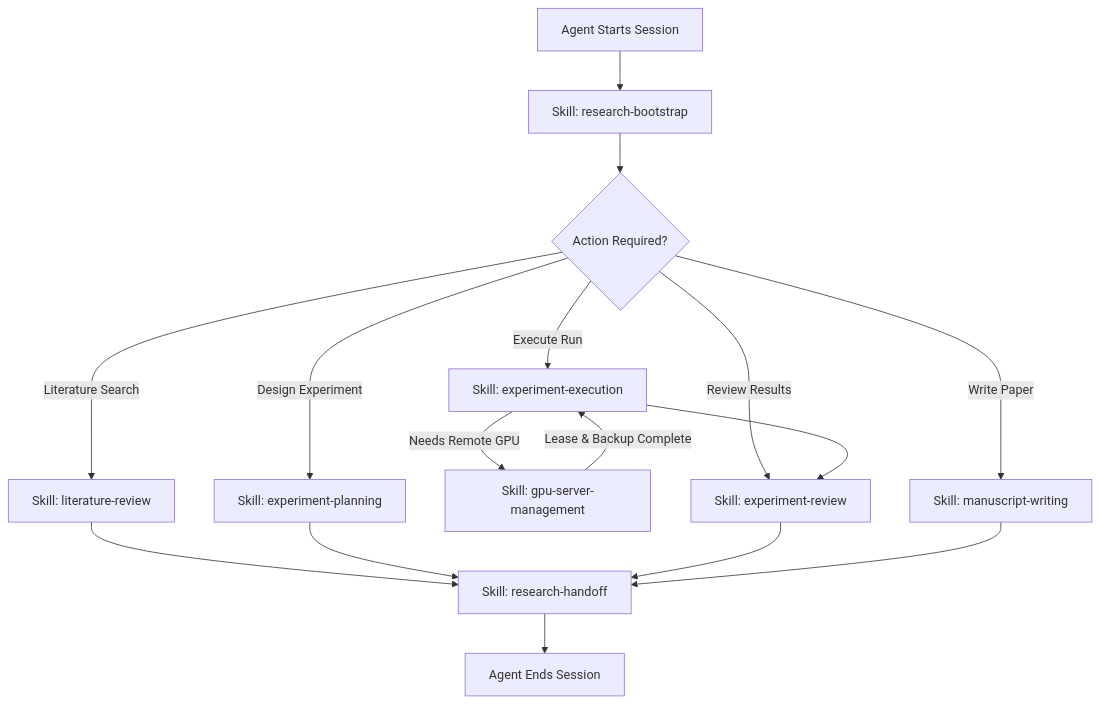
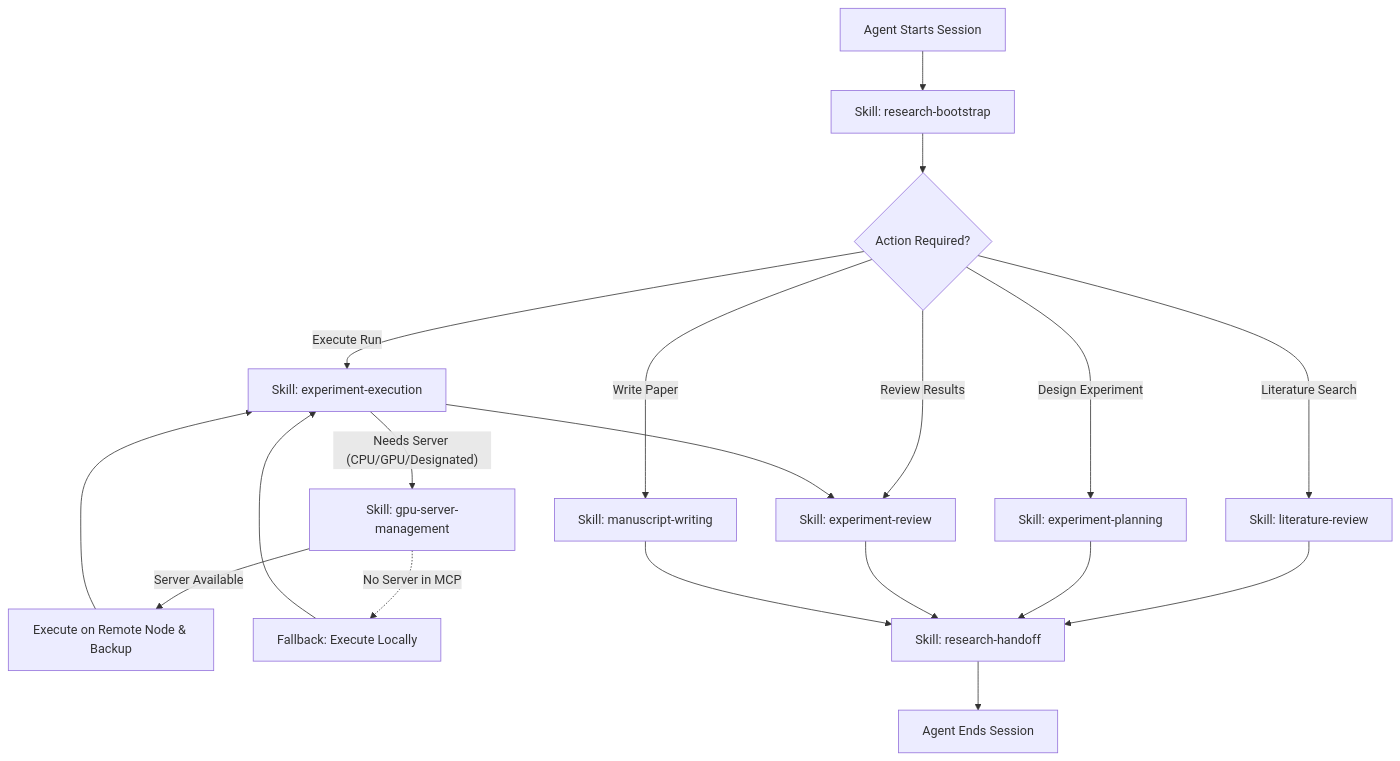
Before and after one commit to ixijxjgxidj-cmd/ResearchOS: the diagram in AGENTS.md, drawn with Mermaid. The commit also changed other lines of this file and 5 other files, not shown here.

Commit message:
feat(dsh): expand server management to heterogeneous compute (CPU/GPU) with graceful local fallback

````diff
--- a/AGENTS.md
+++ b/AGENTS.md
@@ -36,18 +36,21 @@
 ```mermaid
 flowchart TD
     A["Agent Starts Session"] --> B["Skill: research-bootstrap"]
     B --> C{"Action Required?"}
     C -->|"Literature Search"| D["Skill: literature-review"]
     C -->|"Design Experiment"| E["Skill: experiment-planning"]
     C -->|"Execute Run"| F["Skill: experiment-execution"]
-    F -->|"Needs Remote GPU"| F_GPU["Skill: gpu-server-management"]
-    F_GPU -->|"Lease & Backup Complete"| F
+    F -->|"Needs Server (CPU/GPU/Designated)"| F_GPU["Skill: gpu-server-management"]
+    F_GPU -->|"Server Available"| F_REMOTE["Execute on Remote Node & Backup"]
+    F_REMOTE --> F
+    F_GPU -.->|"No Server in MCP"| F_LOCAL["Fallback: Execute Locally"]
+    F_LOCAL --> F
     C -->|"Review Results"| G["Skill: experiment-review"]
     C -->|"Write Paper"| H["Skill: manuscript-writing"]
     D --> I["Skill: research-handoff"]
     E --> I
     F --> G
     G --> I
     H --> I
     I --> J["Agent Ends Session"]
 ```
````
